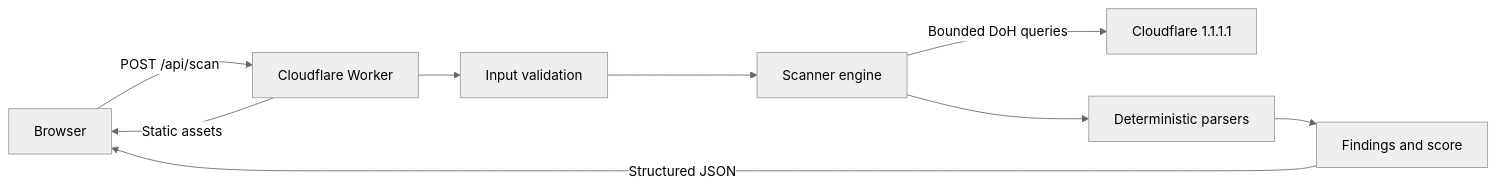
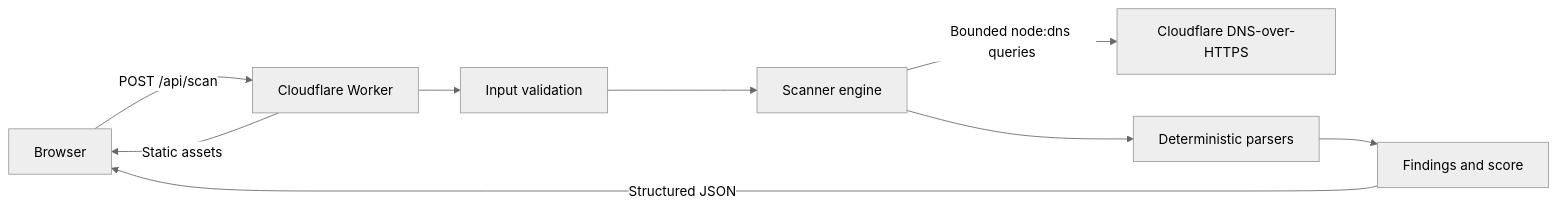
Before and after one commit to TheDudesRepo/dmarc: the diagram in docs/ARCHITECTURE.md, drawn with Mermaid (neutral theme). The commit also changed 6 other files, not shown here.

````diff
--- a/docs/ARCHITECTURE.md
+++ b/docs/ARCHITECTURE.md
@@ -10,11 +10,11 @@
 ```mermaid
 flowchart LR
     U[Browser] -->|POST /api/scan| W[Cloudflare Worker]
     W --> V[Input validation]
     V --> S[Scanner engine]
-    S -->|Bounded DoH queries| D[Cloudflare 1.1.1.1]
+    S -->|Bounded node:dns queries| D[Cloudflare DNS-over-HTTPS]
     S --> P[Deterministic parsers]
     P --> A[Findings and score]
     A -->|Structured JSON| U
     W -->|Static assets| U
 ```
````
